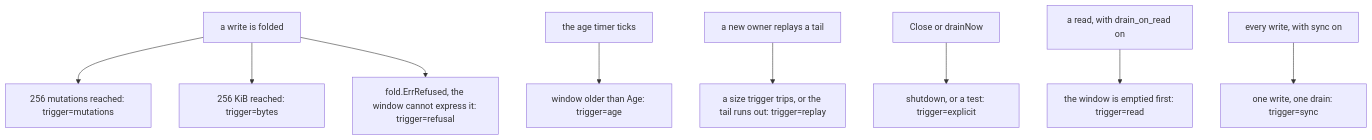
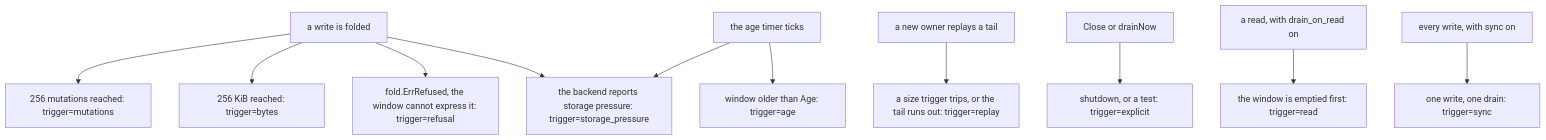
The fourth of 10 diagrams in docs/handbook/05-write-path.md (aromanovich/waltz), drawn with Mermaid before and after one commit. The commit also changed other lines of this file and 16 other files, not shown here.

First line of the commit message:
wal: storage pressure — the backend asks, the layer drains, trims and stops (#6)

````diff
--- a/docs/handbook/05-write-path.md
+++ b/docs/handbook/05-write-path.md
@@ -274,11 +274,13 @@
 ```mermaid
 flowchart TD
   W["a write is folded"] --> M["256 mutations reached: trigger=mutations"]
   W --> B["256 KiB reached: trigger=bytes"]
   W --> RF["fold.ErrRefused, the window cannot express it: trigger=refusal"]
+  W --> P["the backend reports storage pressure: trigger=storage_pressure"]
   T["the age timer ticks"] --> A["window older than Age: trigger=age"]
+  T --> P
   RP["a new owner replays a tail"] --> R["a size trigger trips, or the tail runs out: trigger=replay"]
   X["Close or drainNow"] --> E["shutdown, or a test: trigger=explicit"]
   RD["a read, with drain_on_read on"] --> D["the window is emptied first: trigger=read"]
   S["every write, with sync on"] --> Y["one write, one drain: trigger=sync"]
 ```
````
